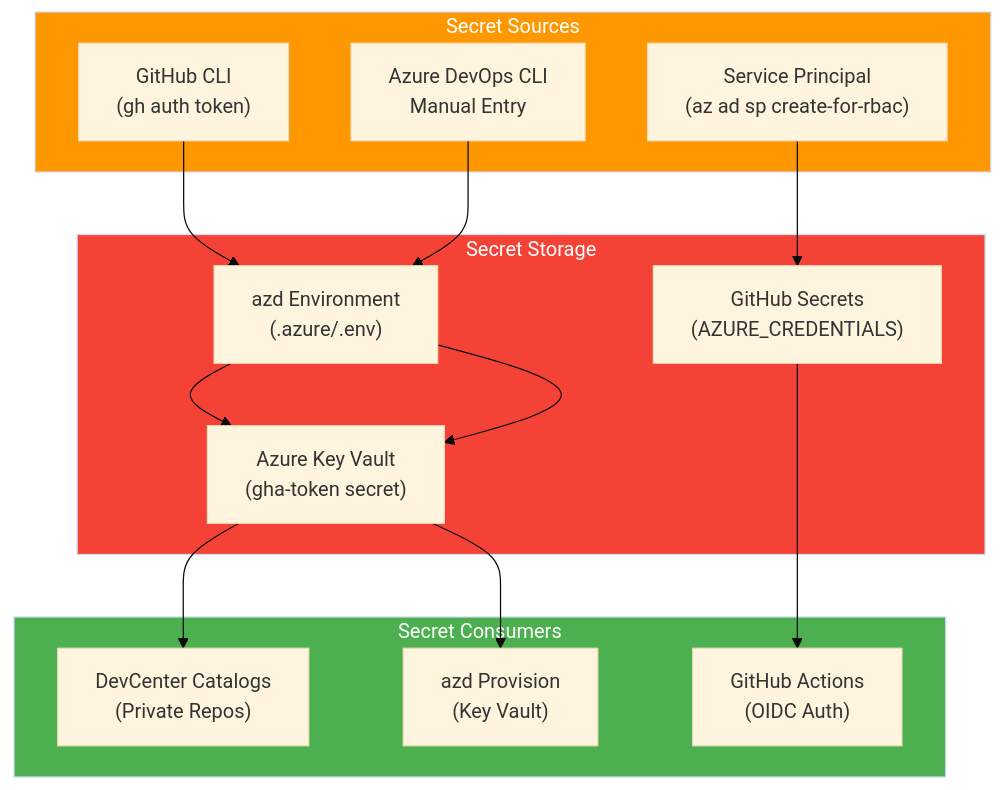
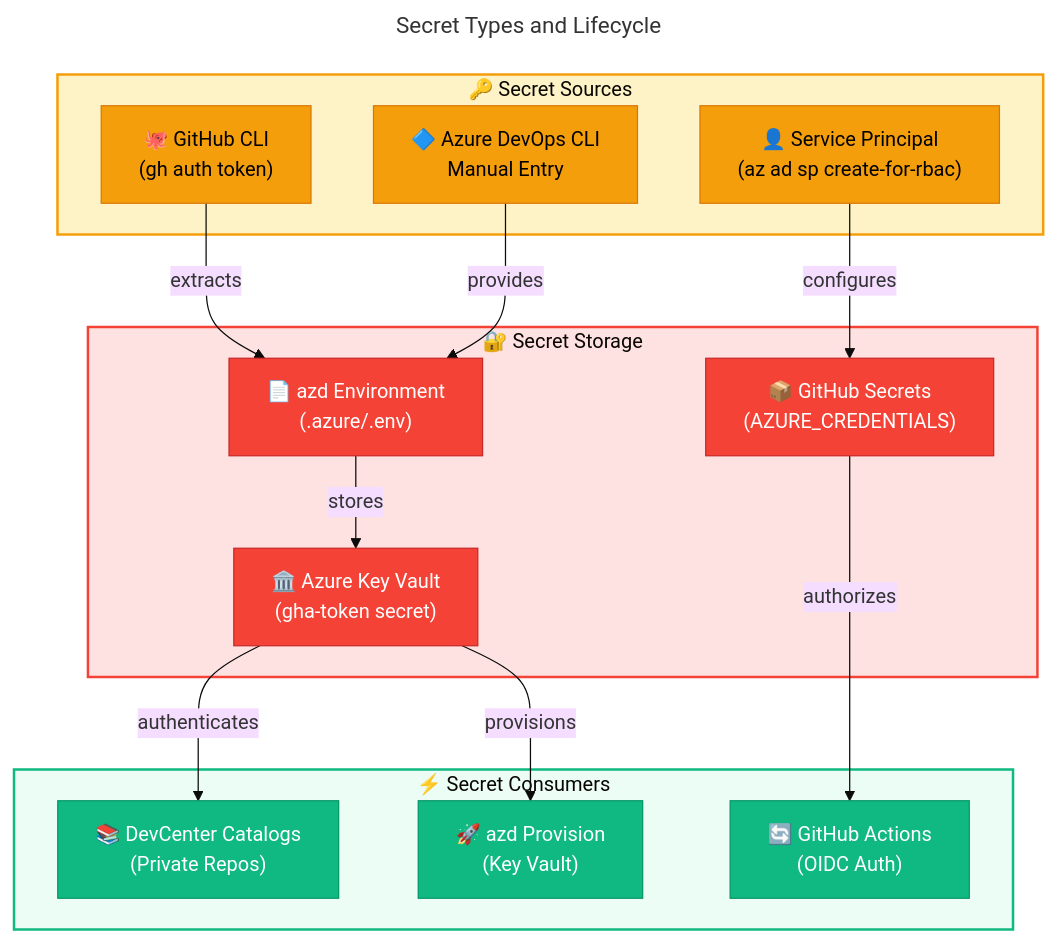
The third of 7 diagrams in docs/architecture/02-data-architecture.md (Evilazaro/DevExp-DevBox), drawn with Mermaid (base theme) before and after one commit. The commit also changed other lines of this file and 2 other files, not shown here.

Commit message:
Enhance documentation for architecture files by adding titles to diagrams, improving section titles, and incorporating emojis for better clarity and navigation.

````diff
--- a/docs/architecture/02-data-architecture.md
+++ b/docs/architecture/02-data-architecture.md
@@ -370,32 +392,49 @@
 ```mermaid
+---
+title: Secret Types and Lifecycle
+---
 flowchart TB
-    subgraph Sources["Secret Sources"]
-        GH["GitHub CLI\n(gh auth token)"]
-        ADO["Azure DevOps CLI\nManual Entry"]
-        SP["Service Principal\n(az ad sp create-for-rbac)"]
+    %% ===== SECRET SOURCES =====
+    subgraph Sources["🔑 Secret Sources"]
+        GH["🐙 GitHub CLI<br/>(gh auth token)"]
+        ADO["🔷 Azure DevOps CLI<br/>Manual Entry"]
+        SP["👤 Service Principal<br/>(az ad sp create-for-rbac)"]
     end
     
-    subgraph Storage["Secret Storage"]
-        KV["Azure Key Vault\n(gha-token secret)"]
-        GHS["GitHub Secrets\n(AZURE_CREDENTIALS)"]
-        ENV["azd Environment\n(.azure/.env)"]
+    %% ===== SECRET STORAGE =====
+    subgraph Storage["🔐 Secret Storage"]
+        KV["🏛️ Azure Key Vault<br/>(gha-token secret)"]
+        GHS["📦 GitHub Secrets<br/>(AZURE_CREDENTIALS)"]
+        ENV["📄 azd Environment<br/>(.azure/.env)"]
     end
     
-    subgraph Consumers["Secret Consumers"]
-        CAT["DevCenter Catalogs\n(Private Repos)"]
-        WF["GitHub Actions\n(OIDC Auth)"]
-        DEP["azd Provision\n(Key Vault)"]
+    %% ===== SECRET CONSUMERS =====
+    subgraph Consumers["⚡ Secret Consumers"]
+        CAT["📚 DevCenter Catalogs<br/>(Private Repos)"]
+        WF["🔄 GitHub Actions<br/>(OIDC Auth)"]
+        DEP["🚀 azd Provision<br/>(Key Vault)"]
     end
     
-    GH --> ENV --> KV
-    ADO --> ENV --> KV
-    SP --> GHS
+    %% ===== CONNECTIONS =====
+    GH -->|extracts| ENV
+    ENV -->|stores| KV
+    ADO -->|provides| ENV
+    SP -->|configures| GHS
     
-    KV --> CAT
-    GHS --> WF
-    KV --> DEP
+    KV -->|authenticates| CAT
+    GHS -->|authorizes| WF
+    KV -->|provisions| DEP
     
-    style Sources fill:#FF9800,color:#fff
-    style Storage fill:#F44336,color:#fff
-    style Consumers fill:#4CAF50,color:#fff
+    %% ===== STYLES =====
+    classDef datastore fill:#F59E0B,stroke:#D97706,color:#000000
+    classDef failed fill:#F44336,stroke:#C62828,color:#FFFFFF
+    classDef secondary fill:#10B981,stroke:#059669,color:#FFFFFF
+    
+    class GH,ADO,SP datastore
+    class KV,GHS,ENV failed
+    class CAT,WF,DEP secondary
+    
+    style Sources fill:#FEF3C7,stroke:#F59E0B,stroke-width:2px
+    style Storage fill:#FEE2E2,stroke:#F44336,stroke-width:2px
+    style Consumers fill:#ECFDF5,stroke:#10B981,stroke-width:2px
 ```
````
